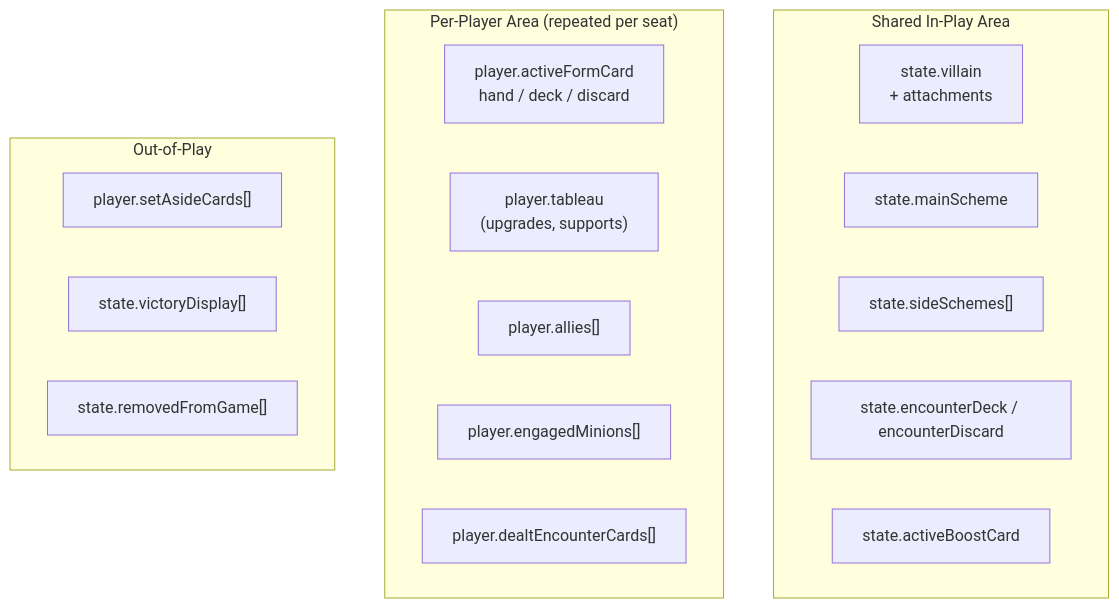
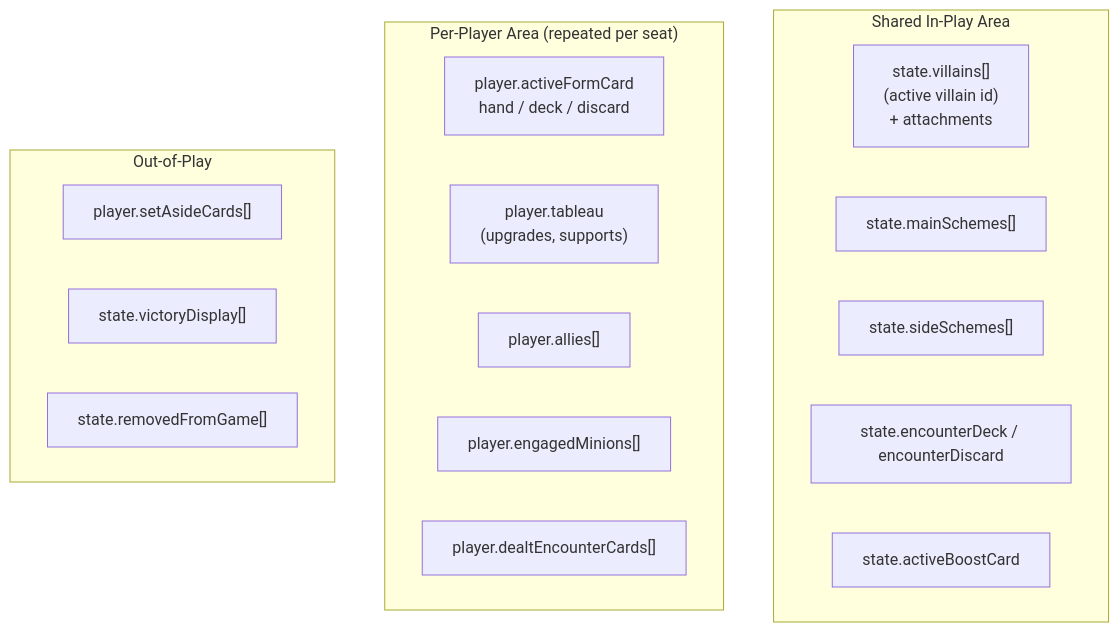
The third of 3 diagrams in docs/visual-guides/01-engine-overview.md (SteveRodrigue/MCD), drawn with Mermaid before and after one commit. The commit also changed 7 other files, not shown here.

````diff
--- a/docs/visual-guides/01-engine-overview.md
+++ b/docs/visual-guides/01-engine-overview.md
@@ -60,22 +60,22 @@
 ```mermaid
 flowchart TB
     subgraph Shared["Shared In-Play Area"]
-        Villain["state.villain<br/>+ attachments"]
-        MainScheme["state.mainScheme"]
+        Villain["state.villains[]<br/>(active villain id)<br/>+ attachments"]
+        MainScheme["state.mainSchemes[]"]
         SideSchemes["state.sideSchemes[]"]
         EncounterDeck["state.encounterDeck / encounterDiscard"]
         Boost["state.activeBoostCard"]
     end
     subgraph PerPlayer["Per-Player Area (repeated per seat)"]
         Identity["player.activeFormCard<br/>hand / deck / discard"]
         Tableau["player.tableau<br/>(upgrades, supports)"]
         Allies["player.allies[]"]
         Engaged["player.engagedMinions[]"]
         Dealt["player.dealtEncounterCards[]"]
     end
     subgraph OutOfPlay["Out-of-Play"]
         SetAside["player.setAsideCards[]"]
         Victory["state.victoryDisplay[]"]
         Removed["state.removedFromGame[]"]
     end
 ```
````
